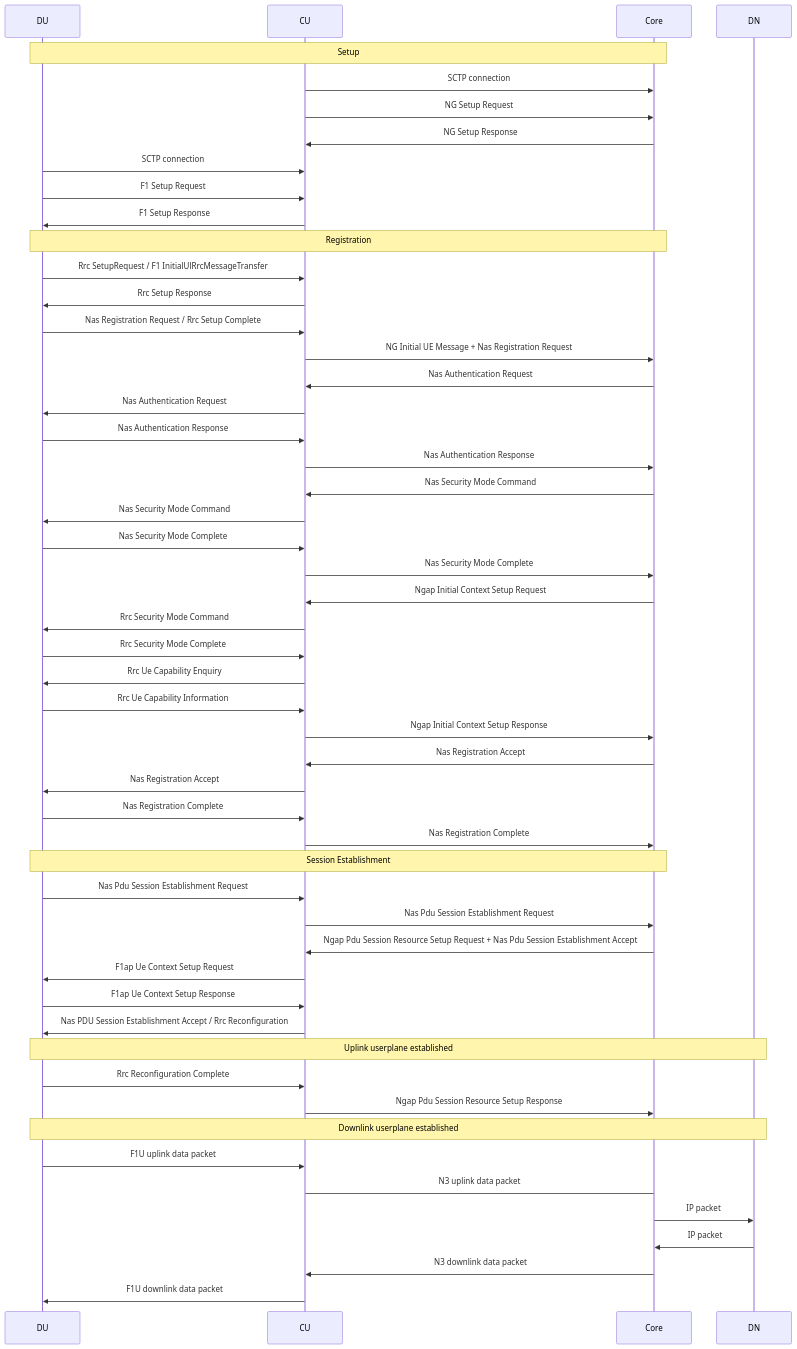
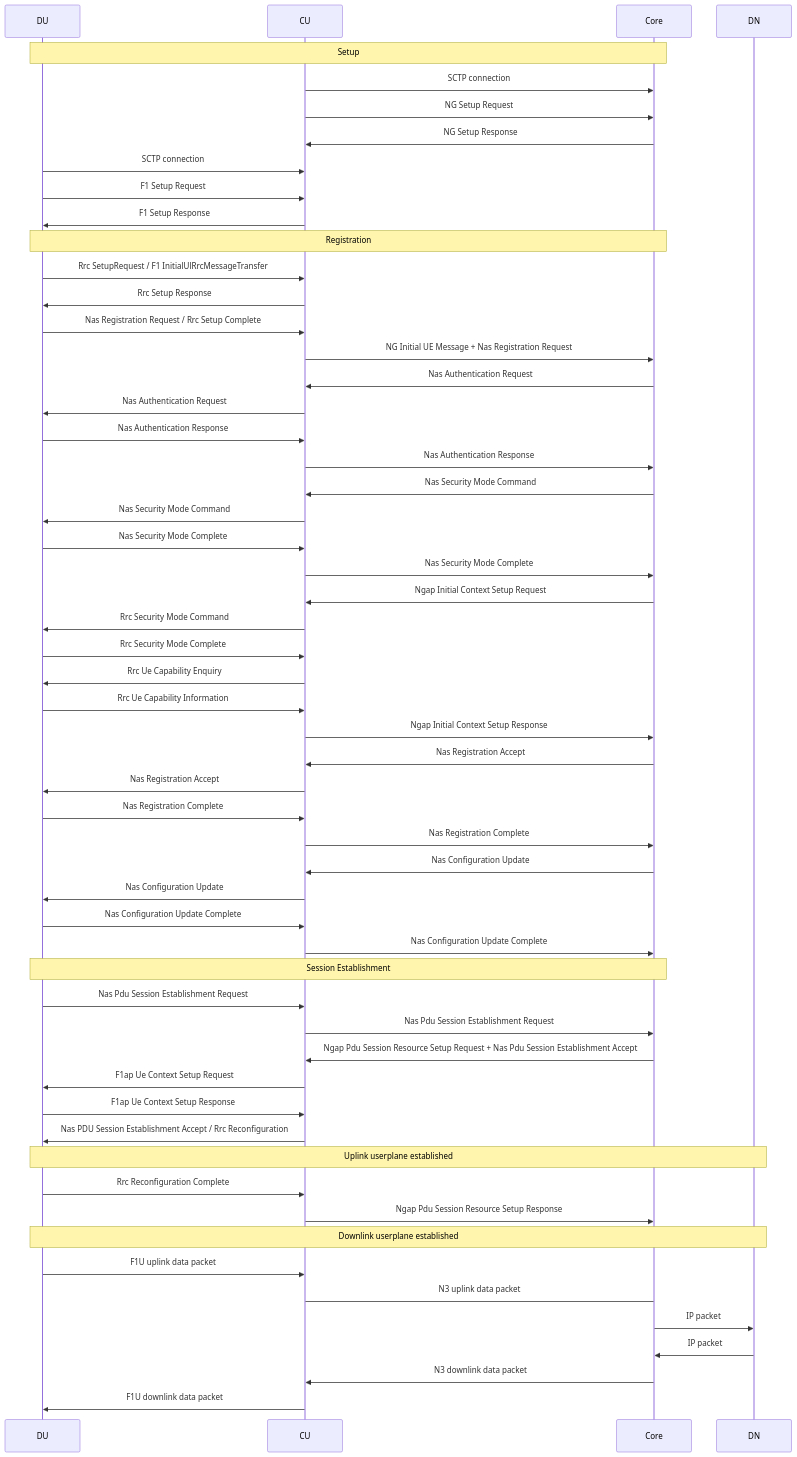
One commit to nplrkn/qcore changed the diagram in docs/designs - existing/attach.md. Above: the diagram before and after it, drawn with Mermaid. The commit also changed 8 other files, not shown here.

````diff
--- a/docs/designs - existing/attach.md
+++ b/docs/designs - existing/attach.md
@@ -10,54 +10,58 @@
 ```mermaid
 sequenceDiagram
   participant DU
   participant CU
   participant Core
   participant DN
   Note over DU,Core: Setup
   CU->>Core: SCTP connection
   CU->>Core: NG Setup Request
   Core->>CU: NG Setup Response
   DU->>CU: SCTP connection
   DU->>CU: F1 Setup Request
   CU->>DU: F1 Setup Response
   Note over DU,Core: Registration
   DU->>CU: Rrc SetupRequest / F1 InitialUlRrcMessageTransfer 
   CU->>DU: Rrc Setup Response 
   DU->>CU: Nas Registration Request / Rrc Setup Complete 
   CU->>Core: NG Initial UE Message + Nas Registration Request
   Core->>CU: Nas Authentication Request 
   CU->>DU: Nas Authentication Request 
   DU->>CU: Nas Authentication Response
   CU->>Core: Nas Authentication Response
   Core->>CU: Nas Security Mode Command 
   CU->>DU: Nas Security Mode Command
   DU->>CU: Nas Security Mode Complete
   CU->>Core: Nas Security Mode Complete
   Core->>CU: Ngap Initial Context Setup Request
   CU->>DU: Rrc Security Mode Command 
   DU->>CU: Rrc Security Mode Complete
   CU->>DU: Rrc Ue Capability Enquiry 
   DU->>CU: Rrc Ue Capability Information
   CU->>Core: Ngap Initial Context Setup Response
   Core->>CU: Nas Registration Accept
   CU->>DU: Nas Registration Accept
   DU->>CU: Nas Registration Complete
   CU->>Core: Nas Registration Complete
+  Core->>CU: Nas Configuration Update
+  CU->>DU: Nas Configuration Update
+  DU->>CU: Nas Configuration Update Complete
+  CU->>Core: Nas Configuration Update Complete
   Note over DU,Core: Session Establishment
   DU->>CU: Nas Pdu Session Establishment Request
   CU->>Core: Nas Pdu Session Establishment Request
   Core->>CU: Ngap Pdu Session Resource Setup Request  + Nas Pdu Session Establishment Accept
   CU->>DU: F1ap Ue Context Setup Request
   DU->>CU: F1ap Ue Context Setup Response
   CU->>DU: Nas PDU Session Establishment Accept / Rrc Reconfiguration 
   Note over DU,DN: Uplink userplane established
   DU->>CU: Rrc Reconfiguration Complete 
   CU->>Core: Ngap Pdu Session Resource Setup Response 
   Note over DU,DN: Downlink userplane established
   DU->>CU: F1U uplink data packet
   CU->Core: N3 uplink data packet
   Core->>DN: IP packet
   DN->>Core: IP packet
   Core->>CU: N3 downlink data packet
   CU->>DU: F1U downlink data packet
 ```
````
